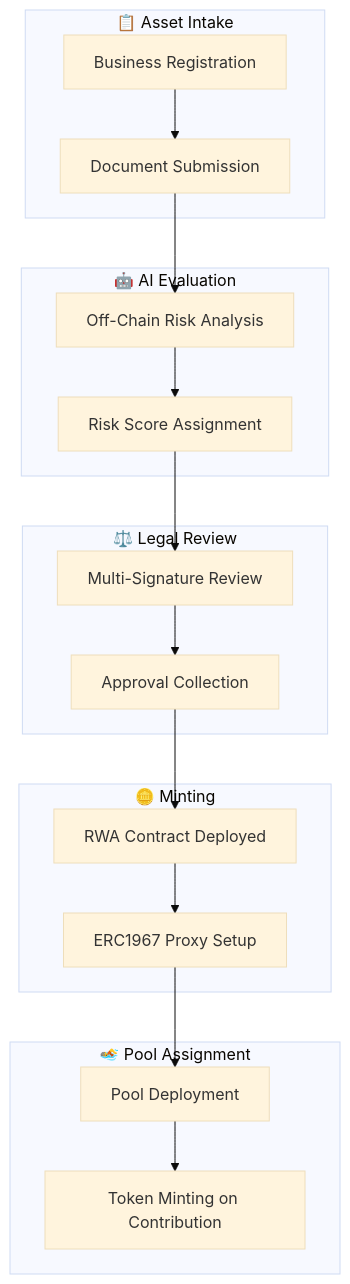
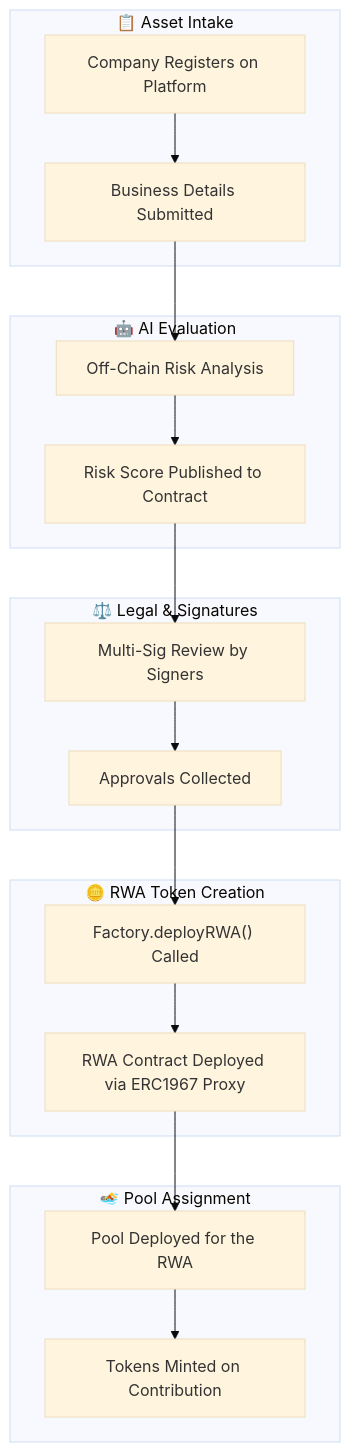
One commit to digitalsoupteam/rwa-platform-docs-new changed the diagram in content/docs/tokenization/overview.mdx. Above: the diagram before and after it, drawn with Mermaid (base theme). The commit also changed 4 other files, not shown here.

Commit message:
docs: add Mermaid diagrams to architecture, tokenization, pool lifecycle, governance

````diff
--- a/content/docs/tokenization/overview.mdx
+++ b/content/docs/tokenization/overview.mdx
@@ -33,37 +33,37 @@
 ```mermaid
 flowchart TB
     subgraph AssetIntake["📋 Asset Intake"]
-        A1["Business Registration"]
-        A2["Document Submission"]
+        A1["Company Registers on Platform"]
+        A2["Business Details Submitted"]
     end
 
     subgraph AIEval["🤖 AI Evaluation"]
         B1["Off-Chain Risk Analysis"]
-        B2["Risk Score Assignment"]
+        B2["Risk Score Published to Contract"]
     end
 
-    subgraph Legal["⚖️ Legal Review"]
-        C1["Multi-Signature Review"]
-        C2["Approval Collection"]
+    subgraph Legal["⚖️ Legal & Signatures"]
+        C1["Multi-Sig Review by Signers"]
+        C2["Approvals Collected"]
     end
 
-    subgraph Minting["🪙 Minting"]
-        D1["RWA Contract Deployed"]
-        D2["ERC1967 Proxy Setup"]
+    subgraph Minting["🪙 RWA Token Creation"]
+        D1["Factory.deployRWA() Called"]
+        D2["RWA Contract Deployed via ERC1967 Proxy"]
     end
 
     subgraph PoolAssign["🏊 Pool Assignment"]
-        E1["Pool Deployment"]
-        E2["Token Minting on Contribution"]
+        E1["Pool Deployed for the RWA"]
+        E2["Tokens Minted on Contribution"]
     end
 
     A1 --> A2
     A2 --> B1
     B1 --> B2
     B2 --> C1
     C1 --> C2
     C2 --> D1
     D1 --> D2
     D2 --> E1
     E1 --> E2
 ```
````
